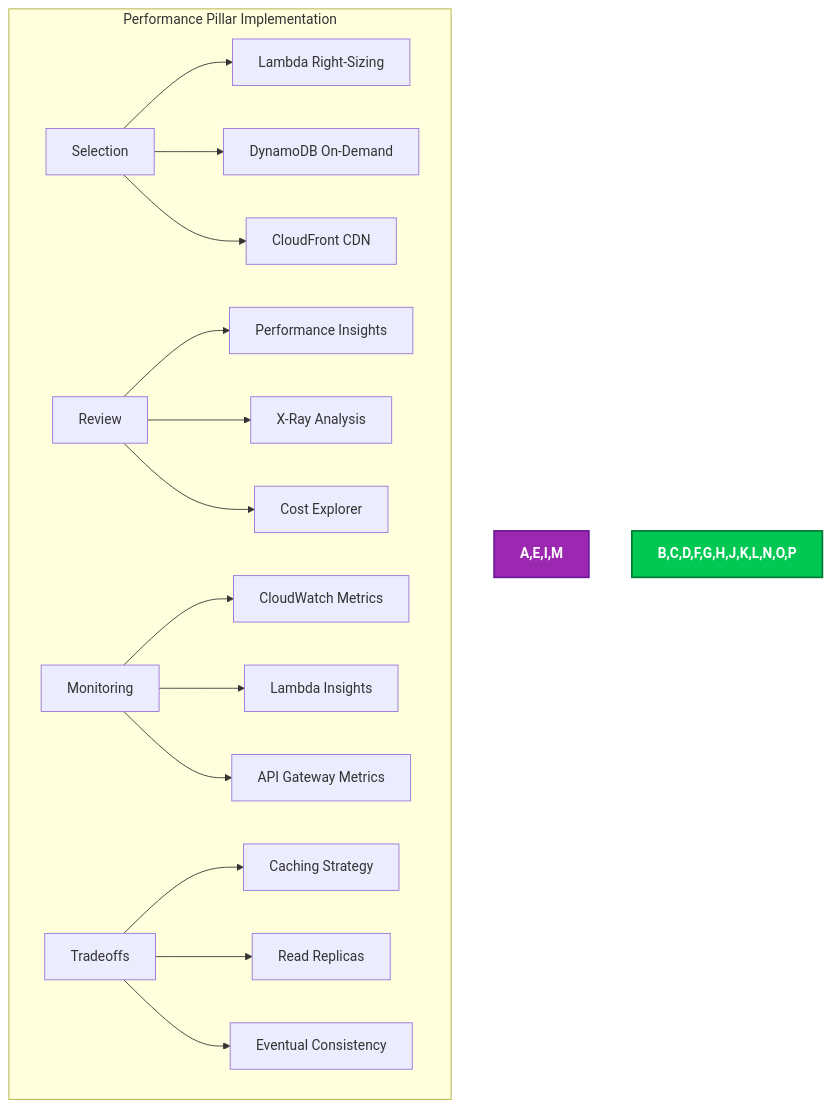
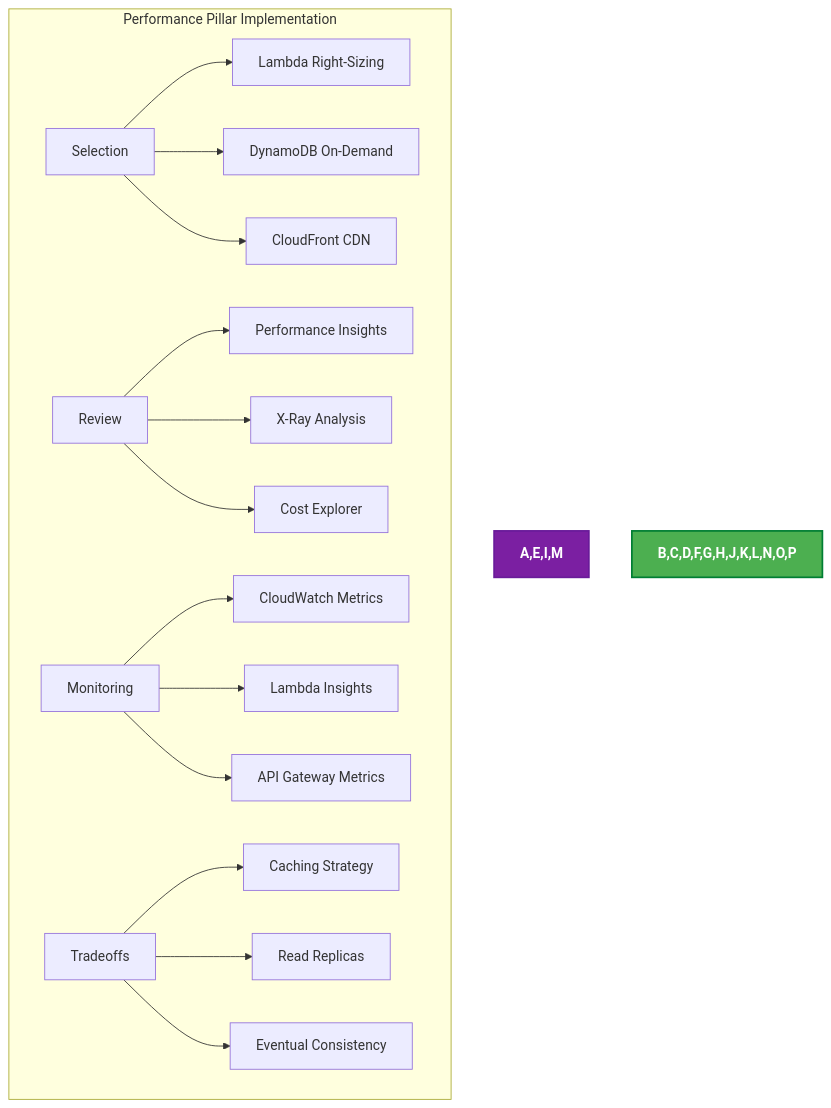
The fifth of 11 diagrams in docs/architecture/FUTURE_ARCHITECTURE.md (step-security-bot/cia-compliance-manager), drawn with Mermaid before and after one commit. The commit also changed other lines of this file and 27 other files, not shown here.

First line of the commit message:
fix: resolve broken mermaid diagrams and improve color coding to match ISMS style guide (#1106)

````diff
--- a/docs/architecture/FUTURE_ARCHITECTURE.md
+++ b/docs/architecture/FUTURE_ARCHITECTURE.md
@@ -371,23 +371,23 @@
 ```mermaid
 flowchart TD
     subgraph "Performance Pillar Implementation"
         A[Selection] --> B[Lambda Right-Sizing]
         A --> C[DynamoDB On-Demand]
         A --> D[CloudFront CDN]
         
         E[Review] --> F[Performance Insights]
         E --> G[X-Ray Analysis]
         E --> H[Cost Explorer]
         
         I[Monitoring] --> J[CloudWatch Metrics]
         I --> K[Lambda Insights]
         I --> L[API Gateway Metrics]
         
         M[Tradeoffs] --> N[Caching Strategy]
         M --> O[Read Replicas]
         M --> P[Eventual Consistency]
     end
 
-    style A,E,I,M fill:#9C27B0,stroke:#6A1B9A,stroke-width:2px,color:white,font-weight:bold
-    style B,C,D,F,G,H,J,K,L,N,O,P fill:#00C853,stroke:#007E33,stroke-width:2px,color:white,font-weight:bold
+    style A,E,I,M fill:#7B1FA2,stroke:#6A1B9A,stroke-width:2px,color:white,font-weight:bold
+    style B,C,D,F,G,H,J,K,L,N,O,P fill:#4CAF50,stroke:#007E33,stroke-width:2px,color:white,font-weight:bold
 ```
````
